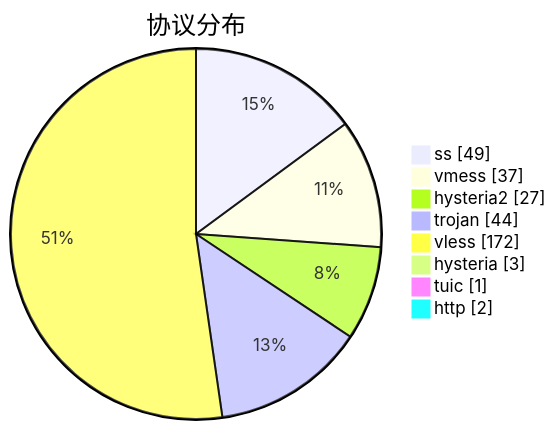
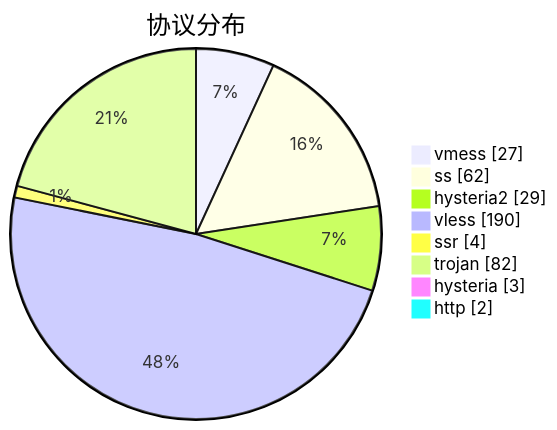
Before and after one commit to sinspired/airport: the third of 3 diagrams in subs/statistics/tested_within.md, drawn with Mermaid. The commit also changed other lines of this file and 2 other files, not shown here.

````diff
--- a/subs/statistics/tested_within.md
+++ b/subs/statistics/tested_within.md
@@ -45,12 +43,12 @@
 ```mermaid
 pie showData
 title 协议分布
-"ss" : 49
-"vmess" : 37
-"hysteria2" : 27
-"trojan" : 44
-"vless" : 172
+"vmess" : 27
+"ss" : 62
+"hysteria2" : 29
+"vless" : 190
+"ssr" : 4
+"trojan" : 82
 "hysteria" : 3
-"tuic" : 1
 "http" : 2
 ```
````
